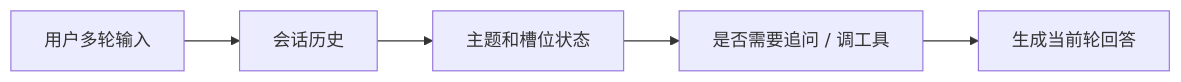
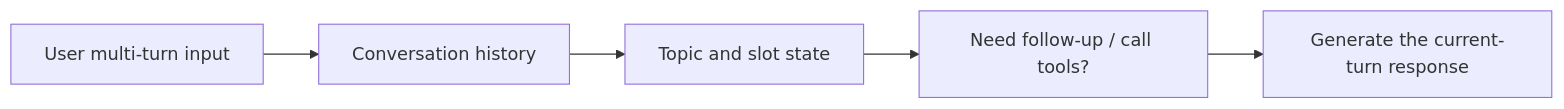
Before and after one commit to oudbiao/AI-fullstack-course: the diagram in docs/ch08-rag/ch03-app-dev/05-dialog-system.md, drawn with Mermaid. The commit also changed other lines of this file and 1406 other files, not shown here.

````diff
--- a/docs/ch08-rag/ch03-app-dev/05-dialog-system.md
+++ b/docs/ch08-rag/ch03-app-dev/05-dialog-system.md
@@ -34,7 +34,7 @@
 ```mermaid
 flowchart LR
-    A["用户多轮输入"] --> B["会话历史"]
-    B --> C["主题和槽位状态"]
-    C --> D["是否需要追问 / 调工具"]
-    D --> E["生成当前轮回答"]
+    A["User multi-turn input"] --> B["Conversation history"]
+    B --> C["Topic and slot state"]
+    C --> D["Need follow-up / call tools?"]
+    D --> E["Generate the current-turn response"]
 ```
````
